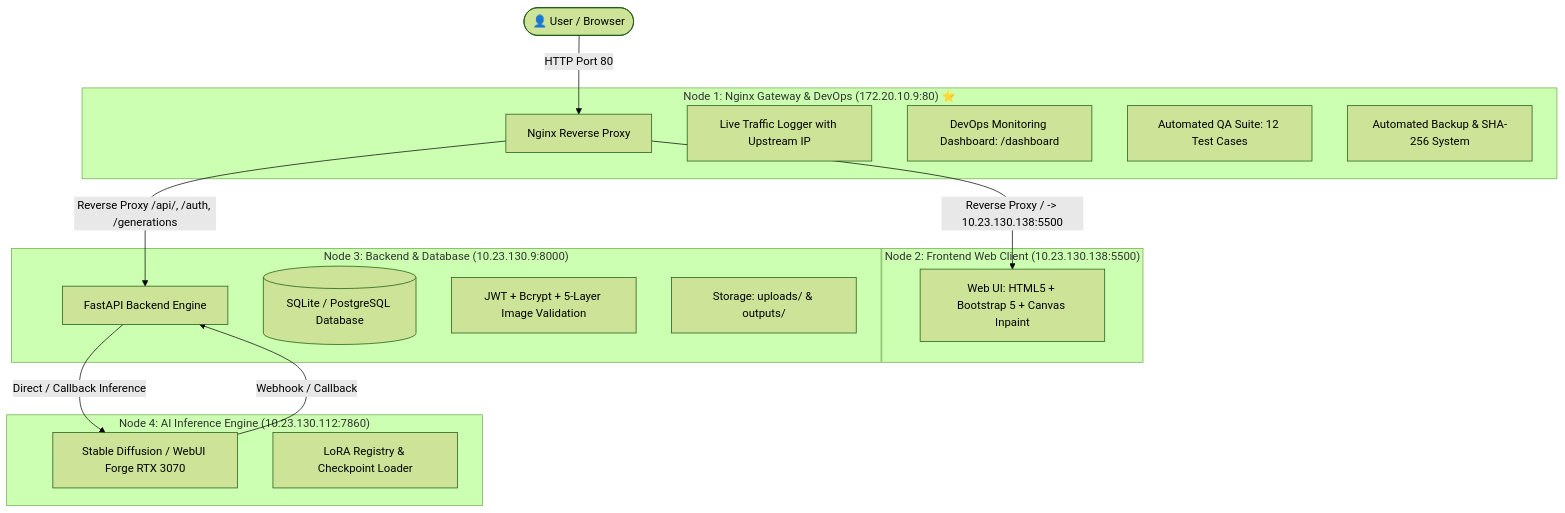
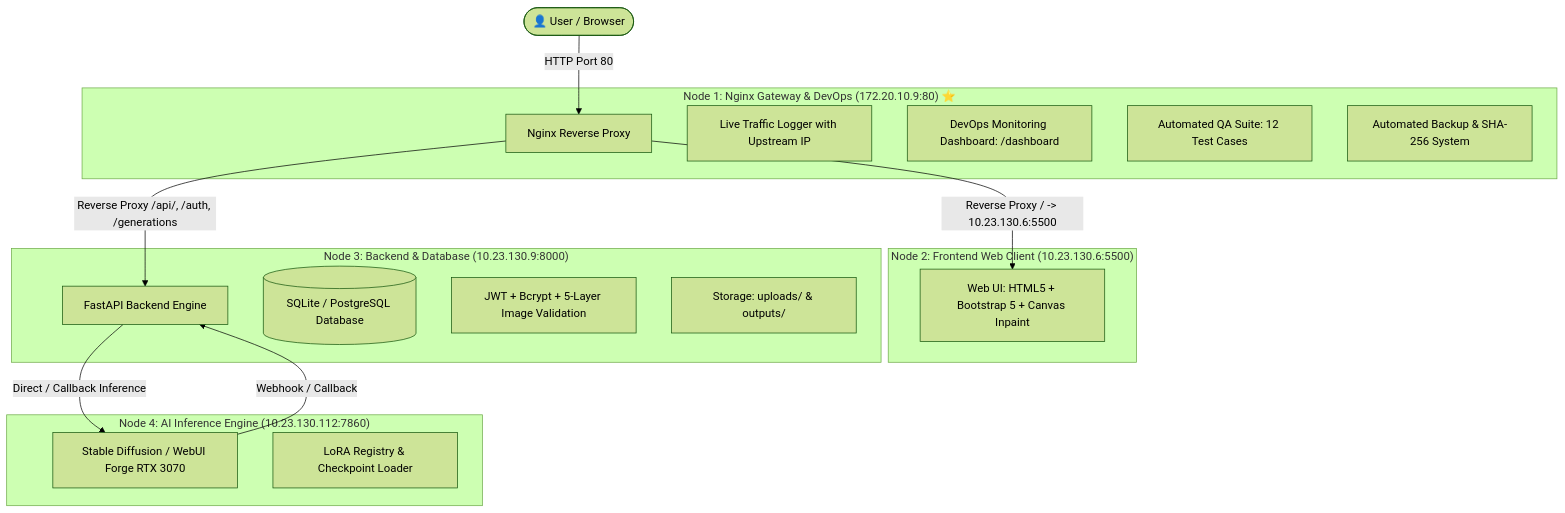
The diagram in README.md (Pongkarm/Project_Luma_PKW), drawn with Mermaid (forest theme) before and after one commit. The commit also changed other lines of this file and 6 other files, not shown here.

````diff
--- a/README.md
+++ b/README.md
@@ -20,34 +20,34 @@
 ```mermaid
 graph TD
     User([👤 User / Browser])
 
     subgraph Node1 ["Node 1: Nginx Gateway & DevOps (172.20.10.9:80) ⭐"]
         Nginx[Nginx Reverse Proxy]
         AccessLog[Live Traffic Logger with Upstream IP]
         Dashboard[DevOps Monitoring Dashboard: /dashboard]
         QATest[Automated QA Suite: 12 Test Cases]
         Backup[Automated Backup & SHA-256 System]
     end
 
-    subgraph Node2 ["Node 2: Frontend Web Client (10.23.130.138:5500)"]
+    subgraph Node2 ["Node 2: Frontend Web Client (10.23.130.6:5500)"]
         UI[Web UI: HTML5 + Bootstrap 5 + Canvas Inpaint]
     end
 
     subgraph Node3 ["Node 3: Backend & Database (10.23.130.9:8000)"]
         API[FastAPI Backend Engine]
         DB[(SQLite / PostgreSQL Database)]
         Security[JWT + Bcrypt + 5-Layer Image Validation]
         Storage[Storage: uploads/ & outputs/]
     end
 
     subgraph Node4 ["Node 4: AI Inference Engine (10.23.130.112:7860)"]
         SD[Stable Diffusion / WebUI Forge RTX 3070]
         LoRA[LoRA Registry & Checkpoint Loader]
     end
 
     User -->|HTTP Port 80| Nginx
-    Nginx -->|Reverse Proxy / -> 10.23.130.138:5500| UI
+    Nginx -->|Reverse Proxy / -> 10.23.130.6:5500| UI
     Nginx -->|Reverse Proxy /api/, /auth, /generations| API
     API -->|Direct / Callback Inference| SD
     SD -->|Webhook / Callback| API
 ```
````
